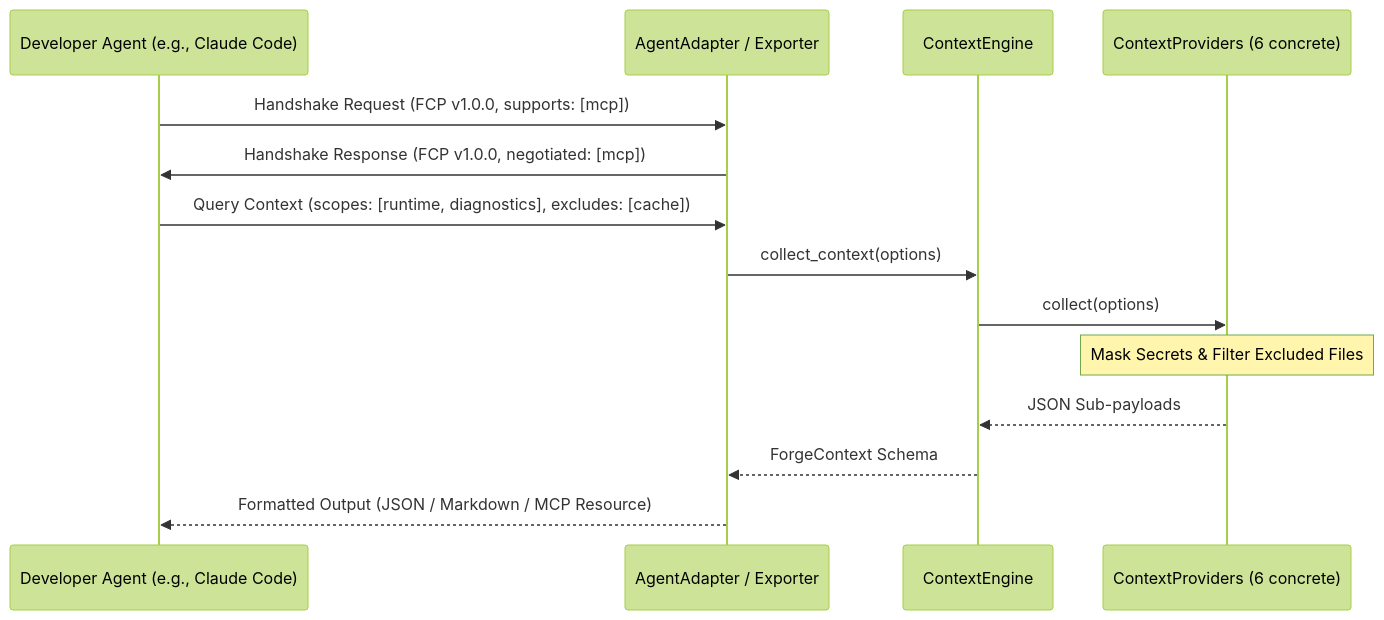
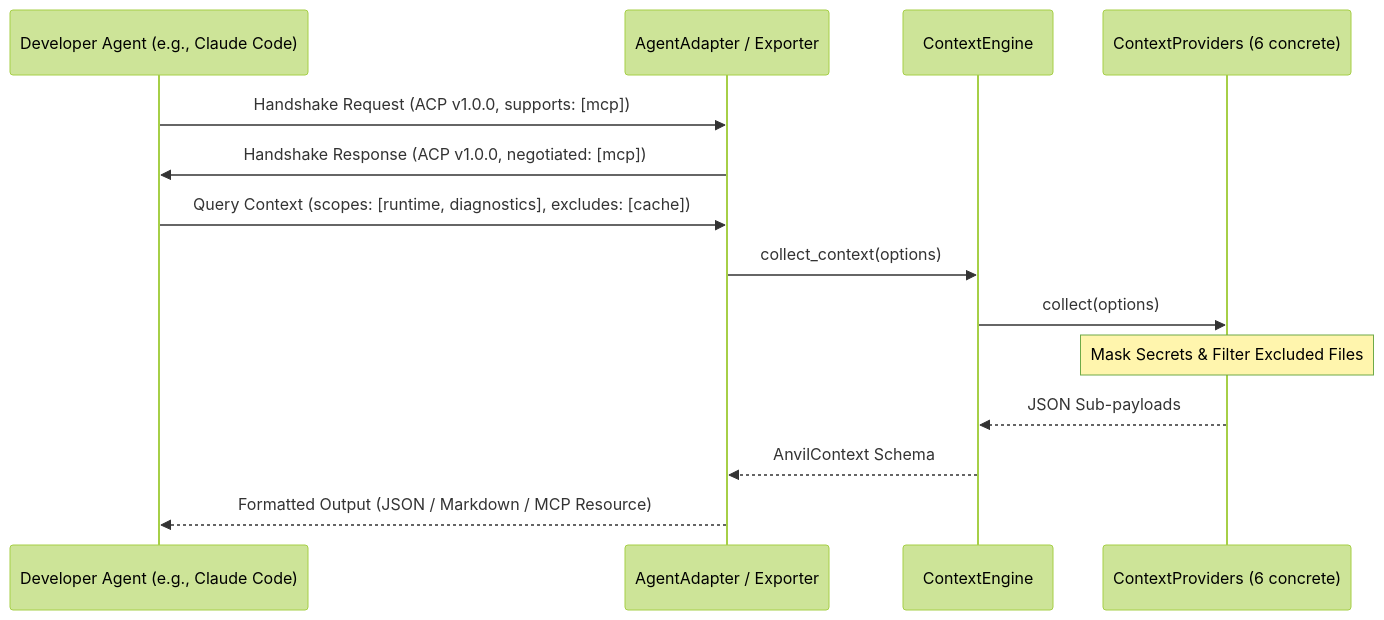
One commit to biggs-100/anvil changed the diagram in openspec/changes/archive/2026-07-01-forge-context-platform/exploration.md. Above: the diagram before and after it, drawn with Mermaid (forest theme). The commit also changed other lines of this file and 341 other files, not shown here.

First line of the commit message:
refactor: rename project from forge to anvil

````diff
--- a/openspec/changes/archive/2026-07-01-forge-context-platform/exploration.md
+++ b/openspec/changes/archive/2026-07-01-forge-context-platform/exploration.md
@@ -38,17 +38,17 @@
 ```mermaid
 sequenceDiagram
     participant Agent as Developer Agent (e.g., Claude Code)
     participant Adapter as AgentAdapter / Exporter
     participant Engine as ContextEngine
     participant Providers as ContextProviders (6 concrete)
 
-    Agent->>Adapter: Handshake Request (FCP v1.0.0, supports: [mcp])
-    Adapter->>Agent: Handshake Response (FCP v1.0.0, negotiated: [mcp])
+    Agent->>Adapter: Handshake Request (ACP v1.0.0, supports: [mcp])
+    Adapter->>Agent: Handshake Response (ACP v1.0.0, negotiated: [mcp])
     Agent->>Adapter: Query Context (scopes: [runtime, diagnostics], excludes: [cache])
     Adapter->>Engine: collect_context(options)
     Engine->>Providers: collect(options)
     Note over Providers: Mask Secrets & Filter Excluded Files
     Providers-->>Engine: JSON Sub-payloads
-    Engine-->>Adapter: ForgeContext Schema
+    Engine-->>Adapter: AnvilContext Schema
     Adapter-->>Agent: Formatted Output (JSON / Markdown / MCP Resource)
 ```
````
